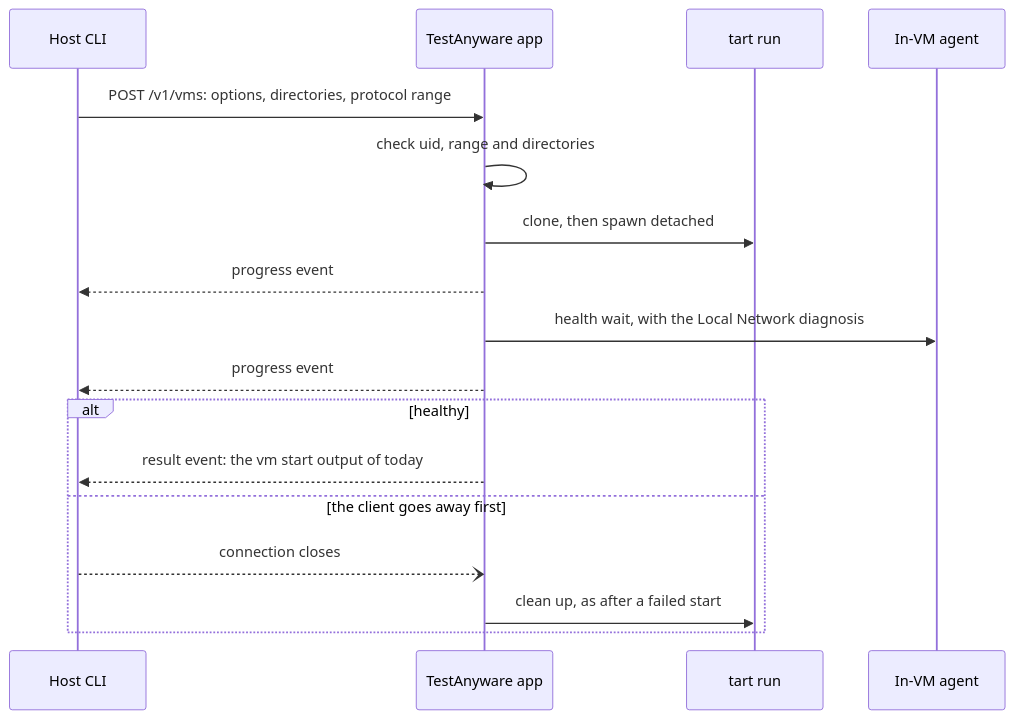
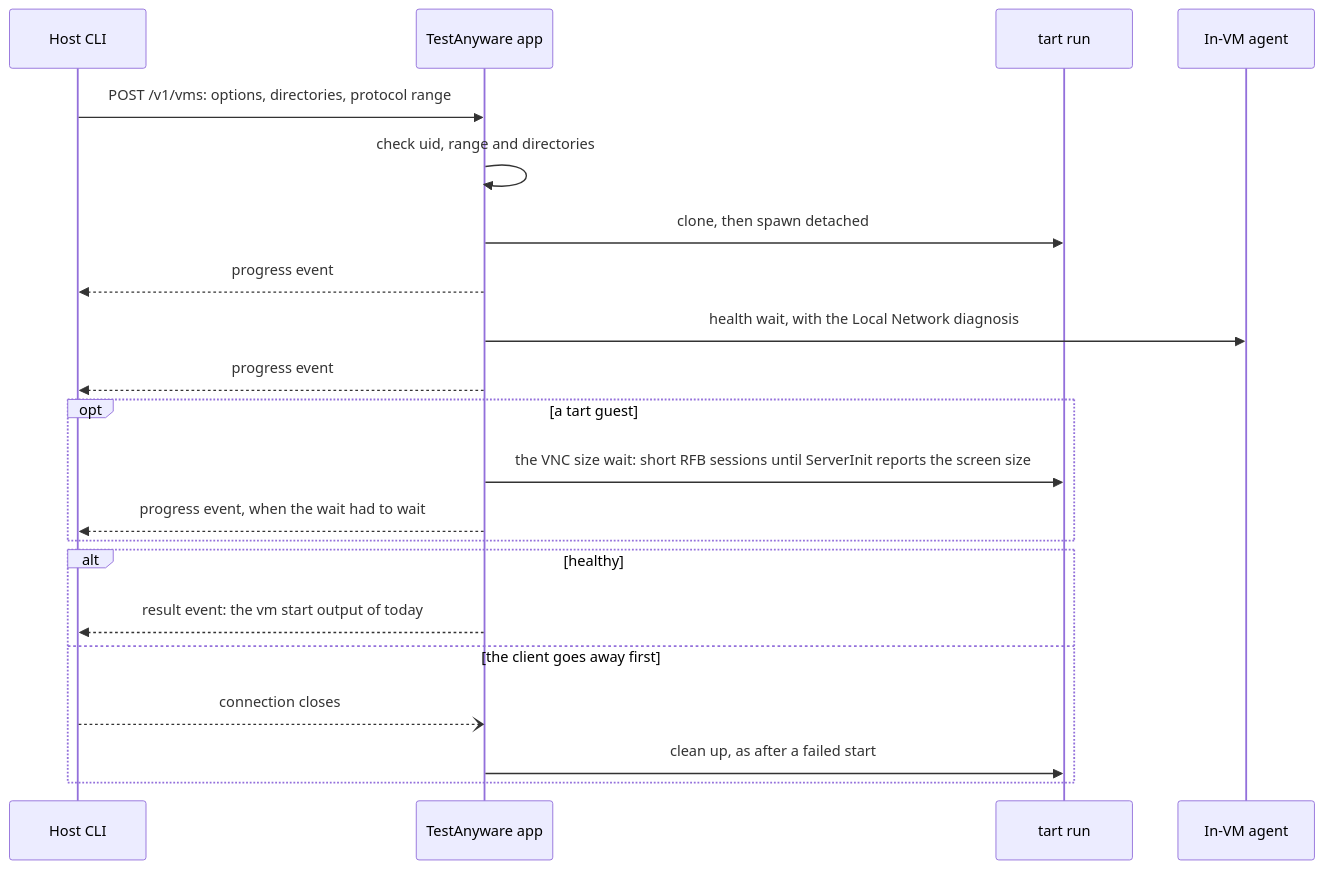
The sixth of 11 diagrams in docs/specs/testanyware-app.md (Linkuistics/TestAnyware), drawn with Mermaid before and after one commit. The commit also changed other lines of this file and 12 other files, not shown here.

First line of the commit message:
vnc-size-wait-k14: end vm start with the VNC size wait, and crop a capture by its frame

````diff
--- a/docs/specs/testanyware-app.md
+++ b/docs/specs/testanyware-app.md
@@ -659,19 +659,23 @@
 ```mermaid
 sequenceDiagram
   participant C as Host CLI
   participant A as TestAnyware app
   participant T as tart run
   participant G as In-VM agent
   C->>A: POST /v1/vms: options, directories, protocol range
   A->>A: check uid, range and directories
   A->>T: clone, then spawn detached
   A-->>C: progress event
   A->>G: health wait, with the Local Network diagnosis
   A-->>C: progress event
+  opt a tart guest
+    A->>T: the VNC size wait: short RFB sessions until ServerInit reports the screen size
+    A-->>C: progress event, when the wait had to wait
+  end
   alt healthy
     A-->>C: result event: the vm start output of today
   else the client goes away first
     C--)A: connection closes
     A->>T: clean up, as after a failed start
   end
 ```
````
